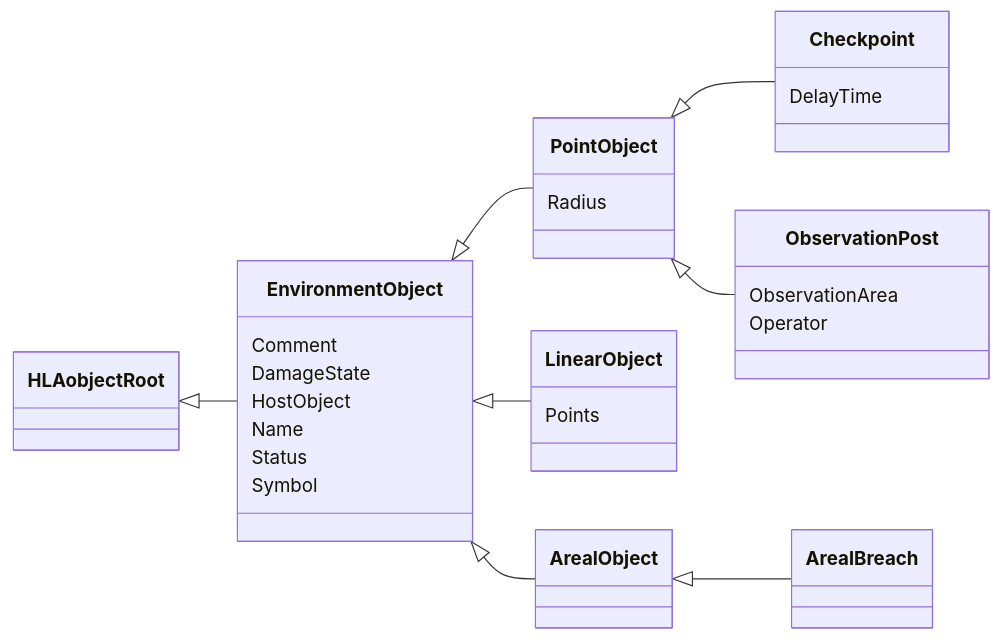
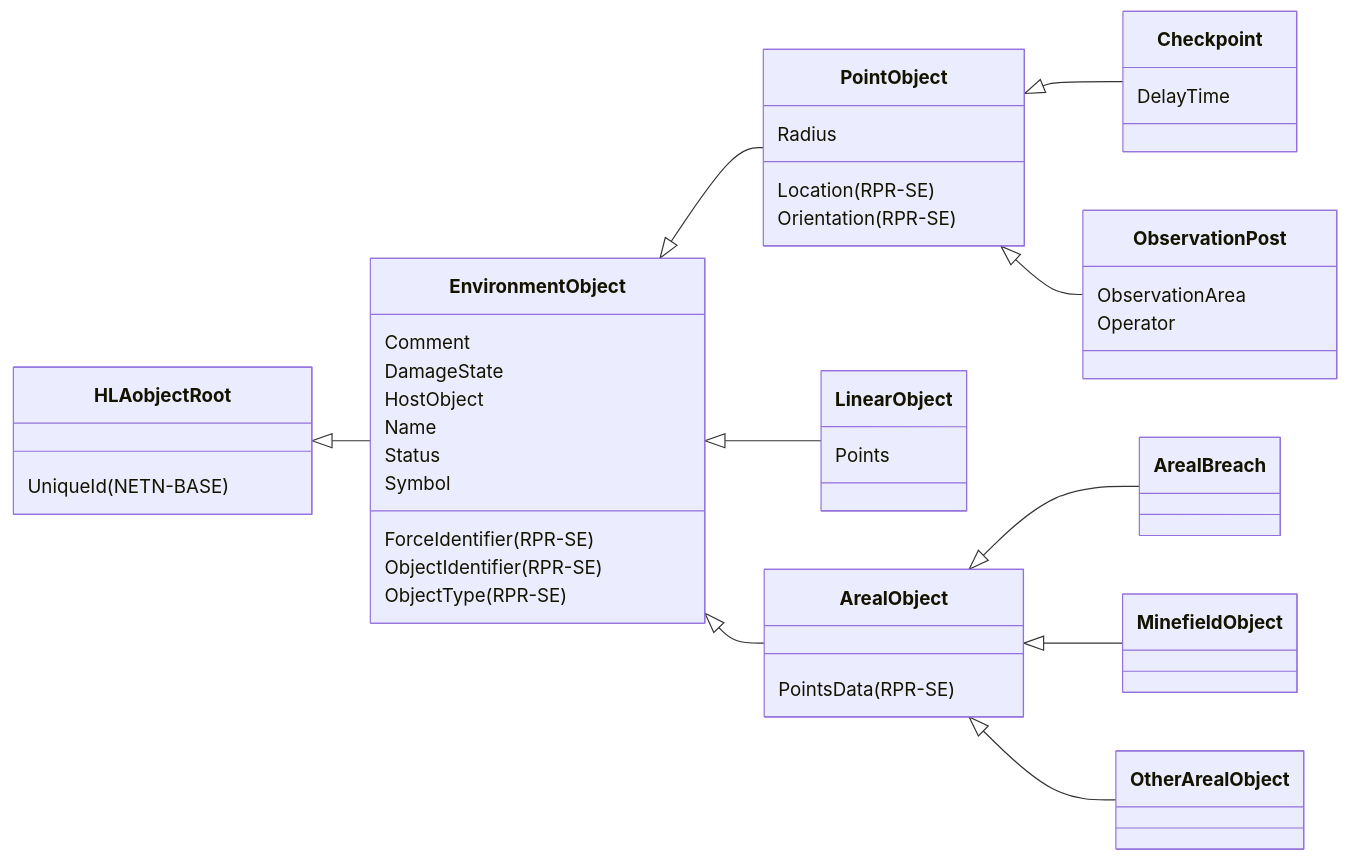
Before and after one commit to AMSP-04/NETN-SE: the first of 2 diagrams in NETN-SE.md, drawn with Mermaid. The commit also changed other lines of this file and 3 other files, not shown here.

````diff
--- a/NETN-SE.md
+++ b/NETN-SE.md
@@ -18,23 +28,32 @@
 ```mermaid
 classDiagram 
 direction LR
 
 HLAobjectRoot <|-- EnvironmentObject
+HLAobjectRoot : UniqueId(NETN-BASE)
 EnvironmentObject <|-- PointObject
 EnvironmentObject <|-- LinearObject
 EnvironmentObject <|-- ArealObject
 EnvironmentObject : Comment
 EnvironmentObject : DamageState
 EnvironmentObject : HostObject
 EnvironmentObject : Name
 EnvironmentObject : Status
 EnvironmentObject : Symbol
+EnvironmentObject : ForceIdentifier(RPR-SE)
+EnvironmentObject : ObjectIdentifier(RPR-SE)
+EnvironmentObject : ObjectType(RPR-SE)
 PointObject <|-- Checkpoint
 PointObject <|-- ObservationPost
 PointObject : Radius
+PointObject : Location(RPR-SE)
+PointObject : Orientation(RPR-SE)
 Checkpoint : DelayTime
 ObservationPost : ObservationArea
 ObservationPost : Operator
 LinearObject : Points
 ArealObject <|-- ArealBreach
+ArealObject <|-- MinefieldObject
+ArealObject <|-- OtherArealObject
+ArealObject : PointsData(RPR-SE)
 ```
````
